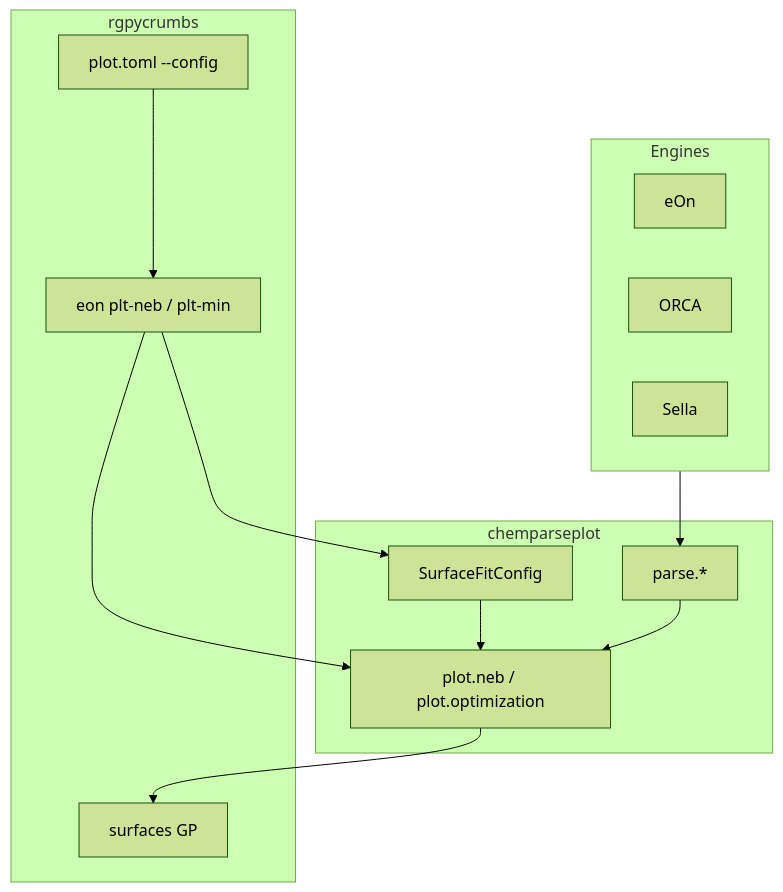
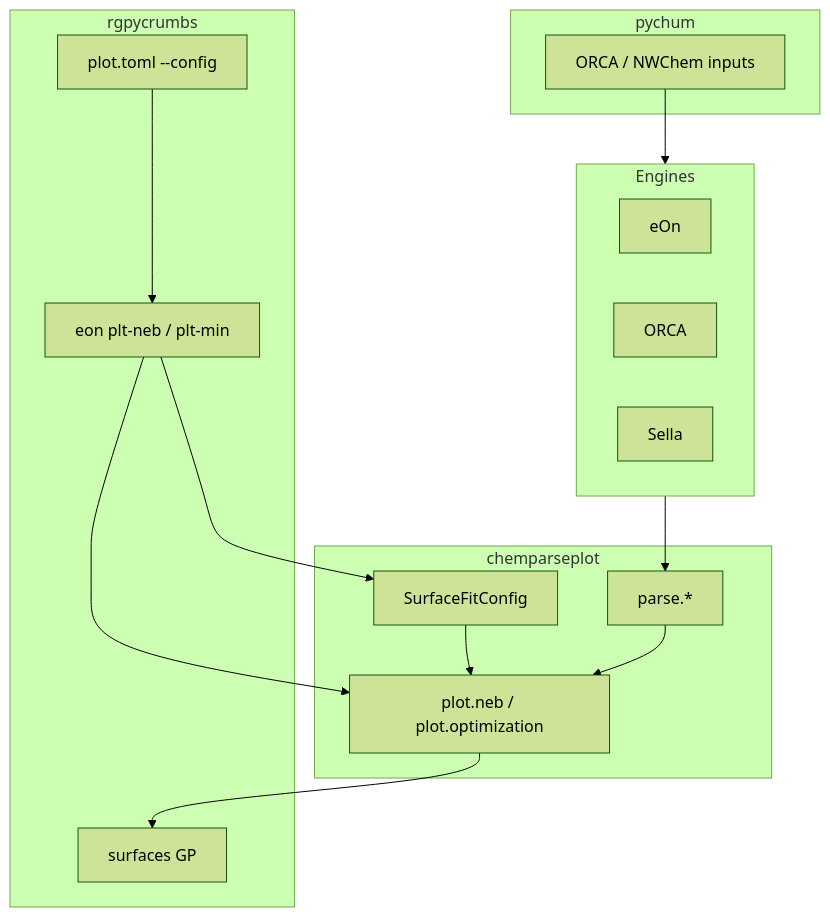
The diagram in doc/source/index.rst (HaoZeke/chemparseplot), drawn with Mermaid (forest theme) before and after one commit. The commit also changed other lines of this file and 36 other files, not shown here.

```diff
--- a/doc/source/index.rst
+++ b/doc/source/index.rst
@@ -54,25 +56,29 @@
 .. mermaid::
 
    flowchart TB
      subgraph engines["Engines"]
        EON[eOn]
        ORCA[ORCA]
        SELLA[Sella]
      end
      subgraph cpp["chemparseplot"]
        PARSE[parse.*]
        PLOT[plot.neb / plot.optimization]
        SFC[SurfaceFitConfig]
      end
      subgraph rgp["rgpycrumbs"]
        SURF[surfaces GP]
        CLI[eon plt-neb / plt-min]
        TOML["plot.toml --config"]
      end
+     subgraph pch["pychum"]
+       INP[ORCA / NWChem inputs]
+     end
+     INP --> engines
      engines --> PARSE
      PARSE --> PLOT
      PLOT --> SURF
      SFC --> PLOT
      TOML --> CLI
      CLI --> PLOT
      CLI --> SFC
```
